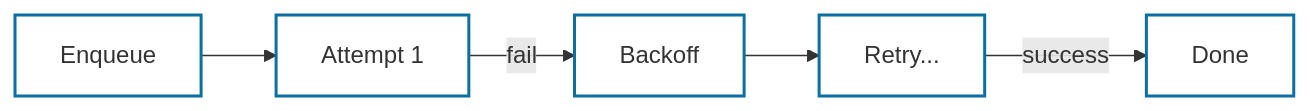
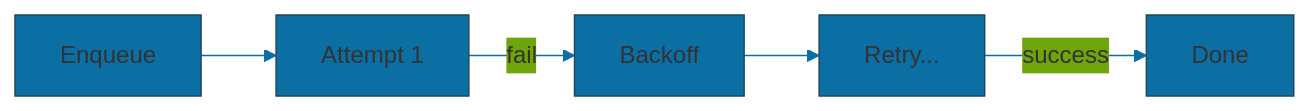
Before and after one commit to Shaddix/mostlylucidweb: the fifth of 7 diagrams in Mostlylucid/Helpers/Ephemeral/Atoms/README.md, drawn with Mermaid. The commit also changed other lines of this file and 27 other files, not shown here.

````diff
--- a/Mostlylucid/Helpers/Ephemeral/Atoms/README.md
+++ b/Mostlylucid/Helpers/Ephemeral/Atoms/README.md
@@ -120,9 +116,8 @@
 ```mermaid
+%%{init: {'theme':'base', 'themeVariables': {'primaryColor':'#0b6fa4','lineColor':'#0b6fa4','tertiaryColor':'#ffffff'}}}%%
 flowchart LR
     A[Enqueue] --> B[Attempt 1]
     B -->|fail| C[Backoff]
     C --> D[Retry...]
     D -->|success| E[Done]
-    classDef accent stroke:#0b6fa4,fill:none,stroke-width:2px;
-    class A,B,C,D,E accent;
 ```
````
